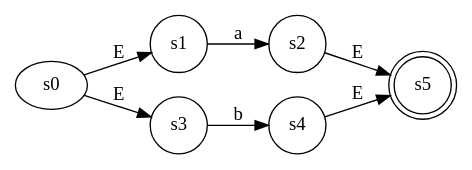
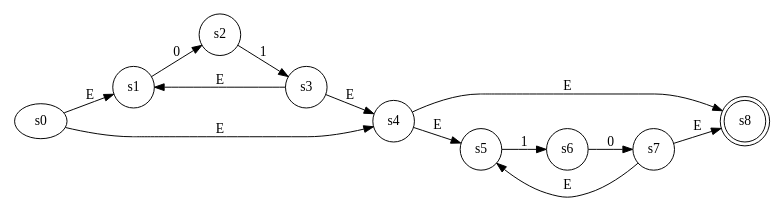
One commit to saritazavala/Automatas_Finitos changed the diagram in AFN.gv. Above: the diagram before and after it, drawn with Graphviz. The commit also changed 33 other files, not shown here.

```diff
--- a/AFN.gv
+++ b/AFN.gv
@@ -1,19 +1,31 @@
 digraph finite_state_machine {
 	rankdir=LR size="8,5"
 	node [shape=ellipse]
 	s0
 	node [shape=doublecircle]
-	s5
+	s8
 	node [shape=circle]
 	s0 -> s1 [label=E]
 	node [shape=circle]
-	s0 -> s3 [label=E]
+	s0 -> s4 [label=E]
 	node [shape=circle]
-	s1 -> s2 [label=a]
+	s1 -> s2 [label=0]
 	node [shape=circle]
-	s2 -> s5 [label=E]
+	s2 -> s3 [label=1]
 	node [shape=circle]
-	s3 -> s4 [label=b]
+	s3 -> s4 [label=E]
+	node [shape=circle]
+	s3 -> s1 [label=E]
 	node [shape=circle]
 	s4 -> s5 [label=E]
+	node [shape=circle]
+	s4 -> s8 [label=E]
+	node [shape=circle]
+	s5 -> s6 [label=1]
+	node [shape=circle]
+	s6 -> s7 [label=0]
+	node [shape=circle]
+	s7 -> s8 [label=E]
+	node [shape=circle]
+	s7 -> s5 [label=E]
 }
```
